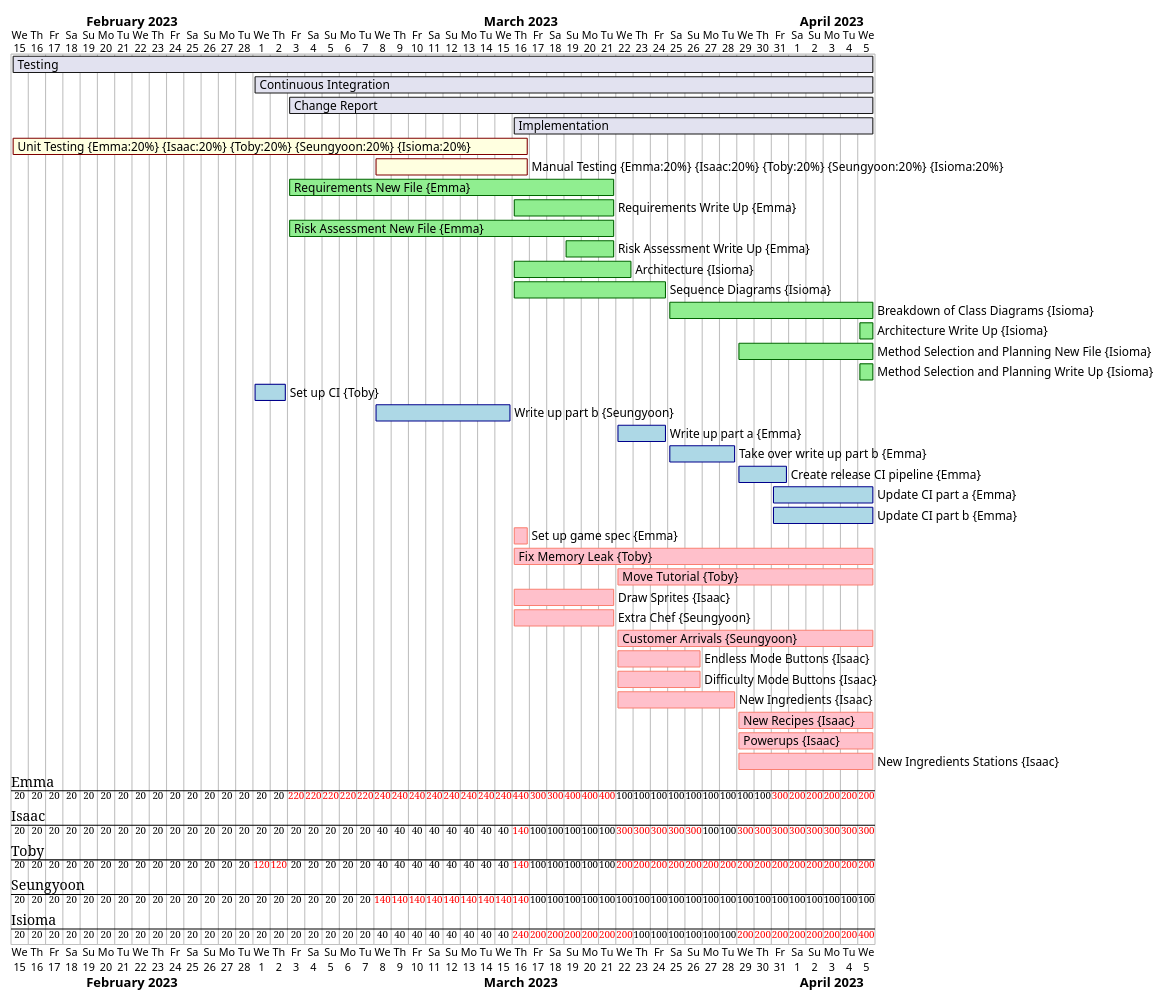
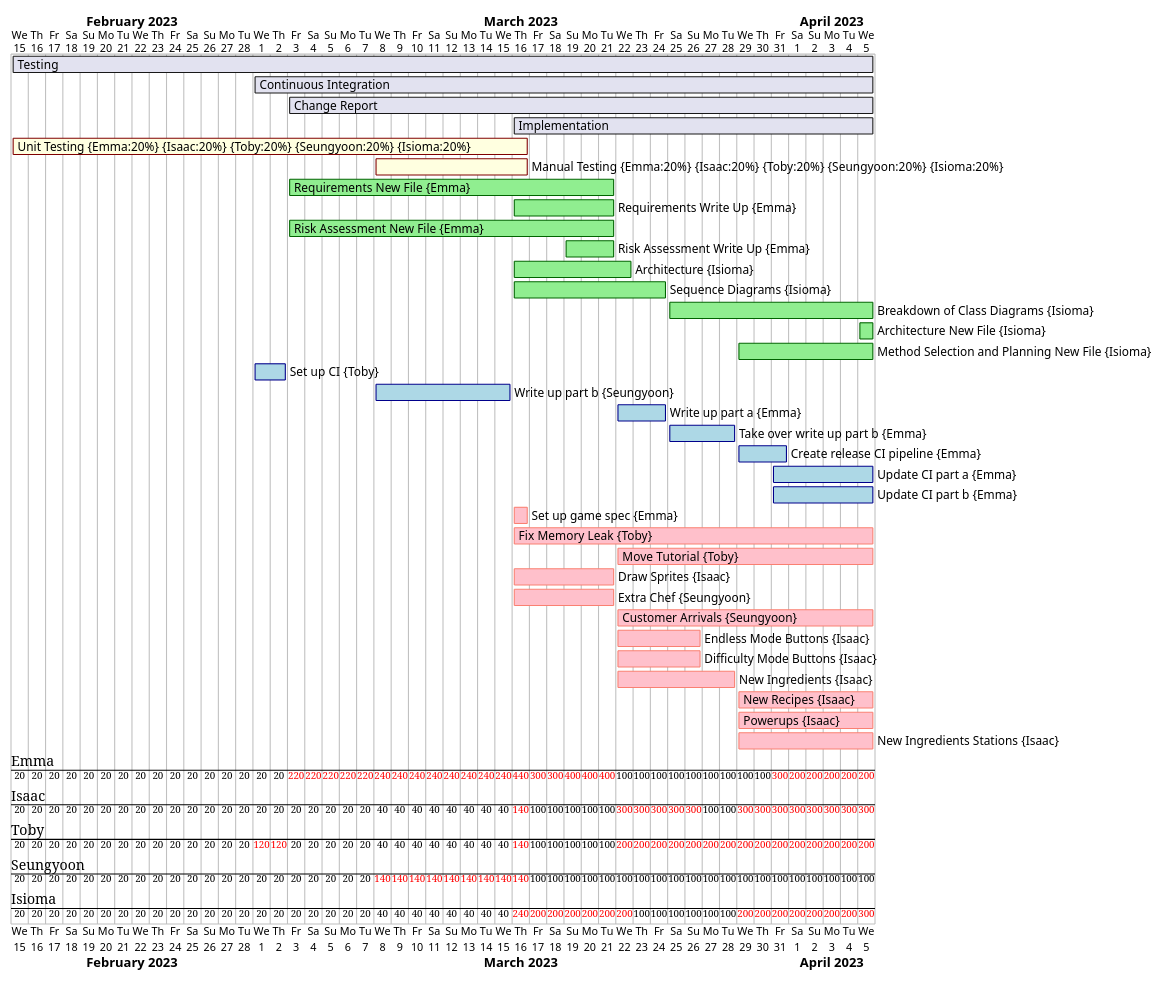
One commit to AsimovENG1/project_eng1_team3 changed the diagram in gantts/Week7.puml. Above: the diagram before and after it, drawn with PlantUML. The commit also changed 3 other files, not shown here.

Commit message:
Changing gantt charts to meet work

```diff
--- a/gantts/Week7.puml
+++ b/gantts/Week7.puml
@@ -1,48 +1,47 @@
 @startgantt
 
 Project starts 2023-02-15
 
 [Testing] starts 2023-02-15
 [Testing] lasts 50 days
 [Continuous Integration] starts 2023-03-01
 [Continuous Integration] lasts 36 days
 [Change Report] starts 2023-03-03
 [Change Report] lasts 34 days
 [Implementation] starts 2023-03-16
 [Implementation] lasts 21 days
 
 [Unit Testing] on {Emma:20%} {Isaac:20%} {Toby:20%} {Seungyoon:20%} {Isioma:20%} starts 2023-02-15 and ends 2023-03-16 and is colored in LightYellow/Maroon
 [Manual Testing] on {Emma:20%} {Isaac:20%} {Toby:20%} {Seungyoon:20%} {Isioma:20%} starts 2023-03-08 and ends 2023-03-16 and is colored in LightYellow/Maroon
 
 [Requirements New File] on {Emma:100%} starts 2023-03-03 and ends 2023-03-21 and is colored in LightGreen/DarkGreen
 [Requirements Write Up] on {Emma:100%} starts 2023-03-16 and ends 2023-03-21 and is colored in LightGreen/DarkGreen
 [Risk Assessment New File] on {Emma:100%} starts 2023-03-03 and ends 2023-03-21 and is colored in LightGreen/DarkGreen
 [Risk Assessment Write Up] on {Emma:100%} starts 2023-03-19 and ends 2023-03-21 and is colored in LightGreen/DarkGreen
 [Architecture] on {Isioma:100%} starts 2023-03-16 and ends 2023-03-22 and is colored in LightGreen/DarkGreen
 [Sequence Diagrams] on {Isioma:100%} starts 2023-03-16 and ends 2023-03-24 and is colored in LightGreen/DarkGreen
 [Breakdown of Class Diagrams] on {Isioma:100%} starts 2023-03-25 and ends 2023-04-05 and is colored in LightGreen/DarkGreen
-[Architecture Write Up] on {Isioma:100%} starts 2023-04-05 and ends 2023-04-05 and is colored in LightGreen/DarkGreen
+[Architecture New File] on {Isioma:100%} starts 2023-04-05 and ends 2023-04-05 and is colored in LightGreen/DarkGreen
 [Method Selection and Planning New File] on {Isioma:100%} starts 2023-03-29 and ends 2023-04-05 and is colored in LightGreen/DarkGreen
-[Method Selection and Planning Write Up] on {Isioma:100%} starts 2023-04-05 and ends 2023-04-05 and is colored in LightGreen/DarkGreen
 
 [Set up CI] on {Toby:100%} starts 2023-03-01 and ends 2023-03-02 and is colored in LightBlue/DarkBlue
 [Write up part b] on {Seungyoon:100%} starts 2023-03-08 and ends 2023-03-15 and is colored in LightBlue/DarkBlue
 [Write up part a] on {Emma:100%} starts 2023-03-22 and ends 2023-03-24 and is colored in LightBlue/DarkBlue
 [Take over write up part b] on {Emma:100%} starts 2023-03-25 and ends 2023-03-28 and is colored in LightBlue/DarkBlue
 [Create release CI pipeline] on {Emma:100%} starts 2023-03-29 and ends 2023-03-31 and is colored in LightBlue/DarkBlue
 [Update CI part a] on {Emma:100%} starts 2023-03-31 and ends 2023-04-05 and is colored in LightBlue/DarkBlue
 [Update CI part b] on {Emma:100%} starts 2023-03-31 and ends 2023-04-05 and is colored in LightBlue/DarkBlue
 
 [Set up game spec] on {Emma:100%} starts 2023-03-16 and ends 2023-03-16 and is colored in Pink/Salmon
 [Fix Memory Leak] on {Toby:100%} starts 2023-03-16 and ends 2023-04-05 and is colored in Pink/Salmon
 [Move Tutorial] on {Toby:100%} starts 2023-03-22 and ends 2023-04-05 and is colored in Pink/Salmon
 [Draw Sprites] on {Isaac:100%} starts 2023-03-16 and ends 2023-03-21 and is colored in Pink/Salmon
 [Extra Chef] on {Seungyoon:100%} starts 2023-03-16 and ends 2023-03-21 and is colored in Pink/Salmon
 [Customer Arrivals] on {Seungyoon:100%} starts 2023-03-22 and ends 2023-04-05 and is colored in Pink/Salmon
 [Endless Mode Buttons] on {Isaac:100%} starts 2023-03-22 and ends 2023-03-26 and is colored in Pink/Salmon
 [Difficulty Mode Buttons] on {Isaac:100%} starts 2023-03-22 and ends 2023-03-26 and is colored in Pink/Salmon
 [New Ingredients] on {Isaac:100%} starts 2023-03-22 and ends 2023-03-28 and is colored in Pink/Salmon
 [New Recipes] on {Isaac:100%} starts 2023-03-29 and ends 2023-04-05 and is colored in Pink/Salmon
 [Powerups] on {Isaac:100%} starts 2023-03-29 and ends 2023-04-05 and is colored in Pink/Salmon
 [New Ingredients Stations] on {Isaac:100%} starts 2023-03-29 and ends 2023-04-05 and is colored in Pink/Salmon
 @endgantt
```
